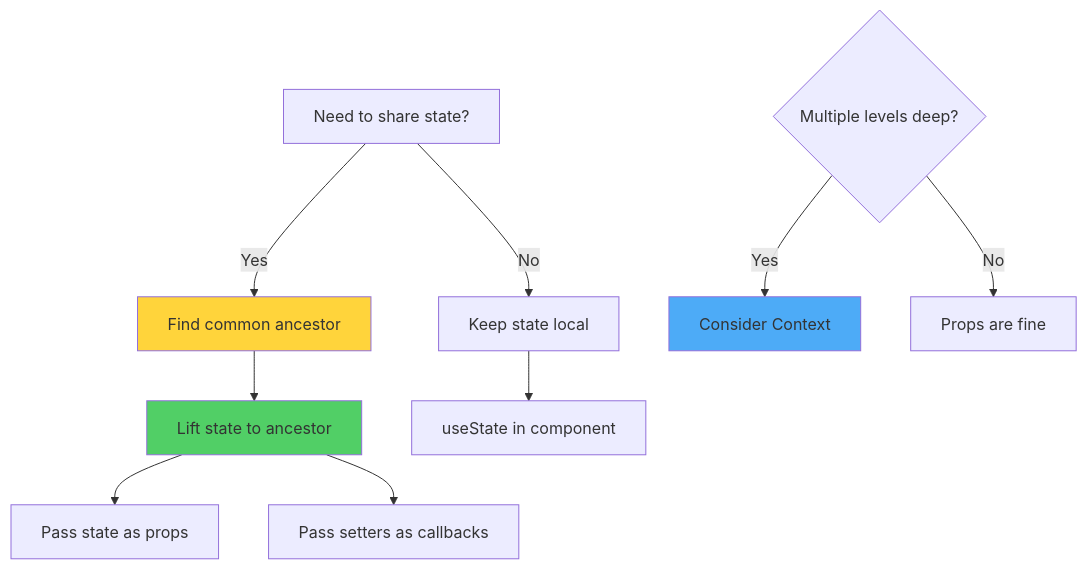
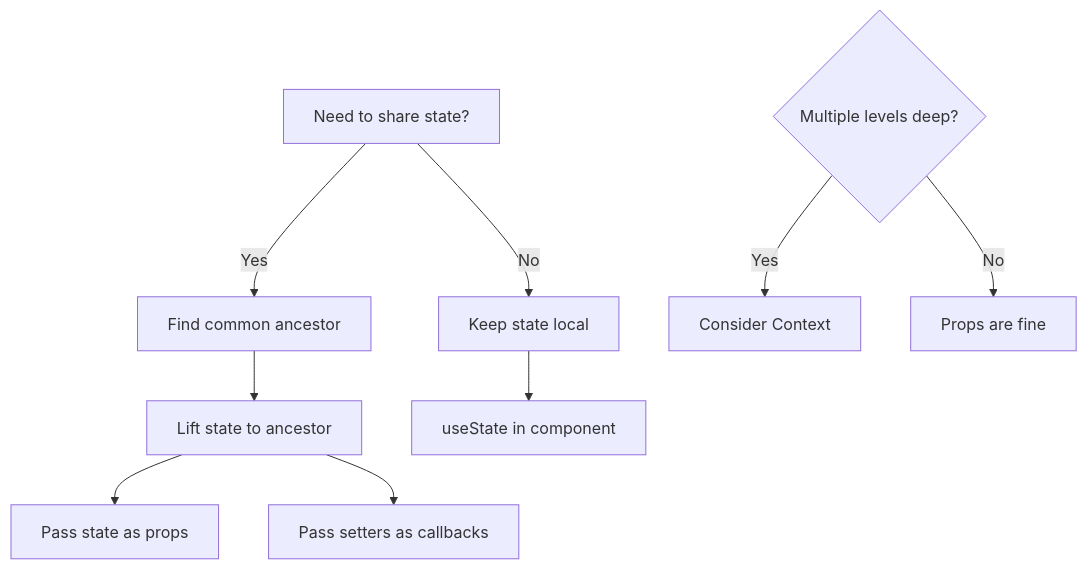
The fifth of 12 diagrams in arguments/chapters/03-component-patterns-best-practices.md (BabaScience/react-guides), drawn with Mermaid before and after one commit. The commit also changed other lines of this file and 29 other files, not shown here.

First line of the commit message:
Bring React FR/IT translations to full English parity + theme-safe diagrams

````diff
--- a/arguments/chapters/03-component-patterns-best-practices.md
+++ b/arguments/chapters/03-component-patterns-best-practices.md
@@ -628,18 +614,15 @@
 ```mermaid
 graph TD
     A[Need to share state?] -->|Yes| B[Find common ancestor]
     A -->|No| C[Keep state local]
     
     B --> D[Lift state to ancestor]
     D --> E[Pass state as props]
     D --> F[Pass setters as callbacks]
     
     C --> G[useState in component]
     
     H{Multiple levels deep?} -->|Yes| I[Consider Context]
     H -->|No| J[Props are fine]
     
-    style B fill:#ffd43b
-    style D fill:#51cf66
-    style I fill:#4dabf7
 ```
````
